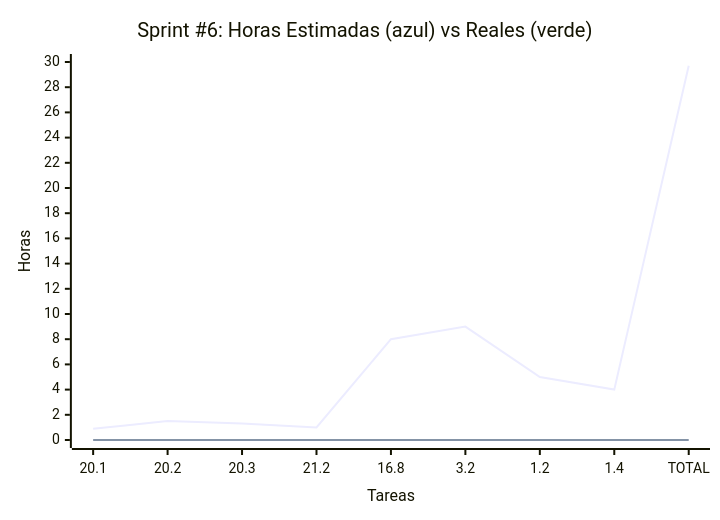
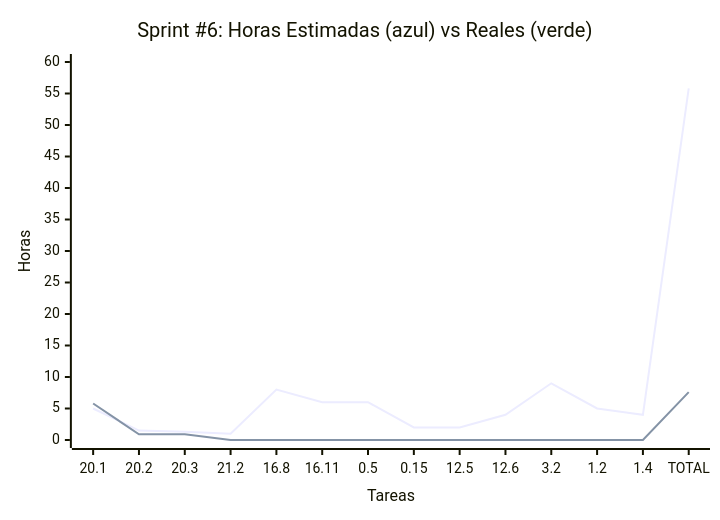
Before and after one commit to MarkMed/FleetMan: the sixth of 6 diagrams in docs/SprintsPlanning.md, drawn with Mermaid. The commit also changed other lines of this file and 2 other files, not shown here.

````diff
--- a/docs/SprintsPlanning.md
+++ b/docs/SprintsPlanning.md
@@ -260,12 +265,12 @@
 ```mermaid
 xychart-beta
     title "Sprint #6: Horas Estimadas #40;azul#41; vs Reales #40;verde#41;"
-    x-axis "Tareas" ["20.1", "20.2", "20.3", "21.2", "16.8", "3.2", "1.2", "1.4", "TOTAL"]
-    y-axis "Horas" 0 --> 30
-	
-	%% Green line
-    line [0.9, 1.5, 1.3, 1, 8, 9, 5, 4, 29.7]
+    x-axis "Tareas" ["20.1", "20.2", "20.3", "21.2", "16.8", "16.11", "0.5", "0.15", "12.5", "12.6", "3.2", "1.2", "1.4", "TOTAL"]
+    y-axis "Horas" 0 --> 60
+    
+    %% Green line (estimadas)
+    line [5, 1.5, 1.3, 1, 8, 6, 6, 2, 2, 4, 9, 5, 4, 55.8]
 
-	%% Black line
-    line [0, 0, 0, 0, 0, 0, 0, 0, 0]
+    %% Black line (reales)
+    line [5.8, 0.9, 0.9, 0, 0, 0, 0, 0, 0, 0, 0, 0, 0, 7.6]
 ```
````
